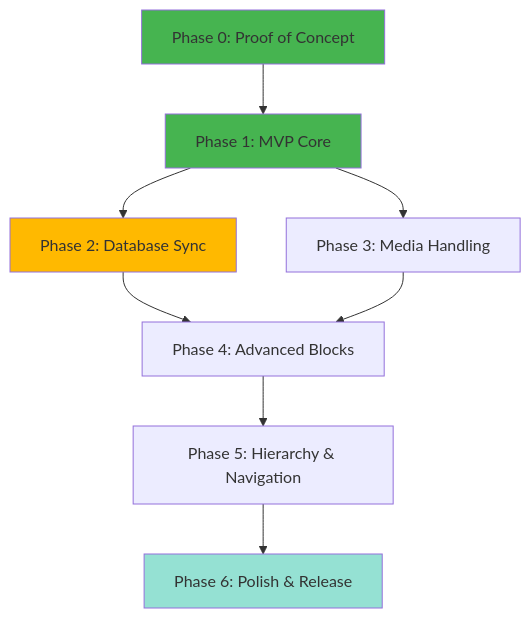
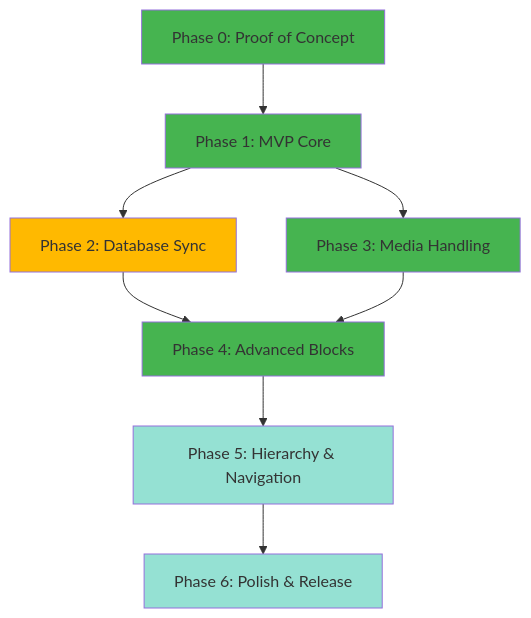
The diagram in docs/plans/main-plan.md (thevgergroup/notion-wp), drawn with Mermaid before and after one commit. The commit also changed other lines of this file, not shown here.

````diff
--- a/docs/plans/main-plan.md
+++ b/docs/plans/main-plan.md
@@ -9,15 +9,18 @@
 ```mermaid
 flowchart TD
     P0[Phase 0: Proof of Concept] --> P1[Phase 1: MVP Core]
     P1 --> P2[Phase 2: Database Sync]
     P1 --> P3[Phase 3: Media Handling]
     P2 --> P4[Phase 4: Advanced Blocks]
     P3 --> P4
     P4 --> P5[Phase 5: Hierarchy & Navigation]
     P5 --> P6[Phase 6: Polish & Release]
 
     style P0 fill:#46b450
     style P1 fill:#46b450
     style P2 fill:#ffb900
+    style P3 fill:#46b450
+    style P4 fill:#46b450
+    style P5 fill:#95e1d3
     style P6 fill:#95e1d3
 ```
````
